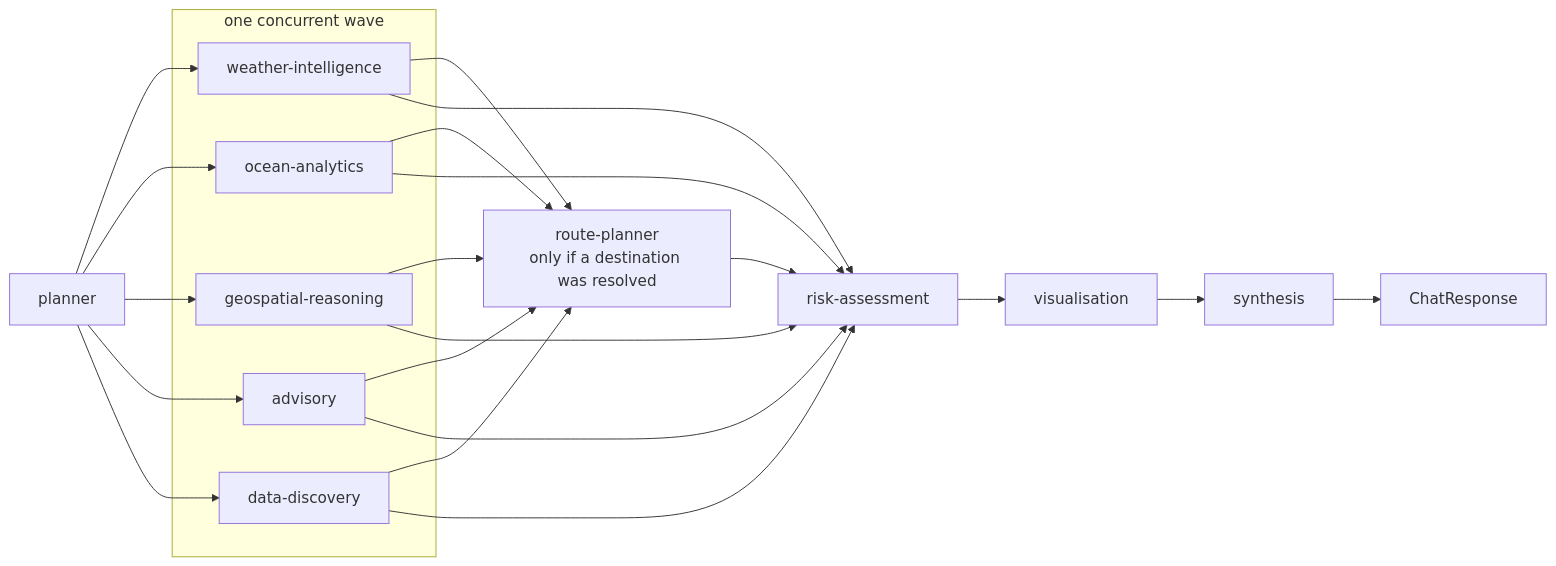
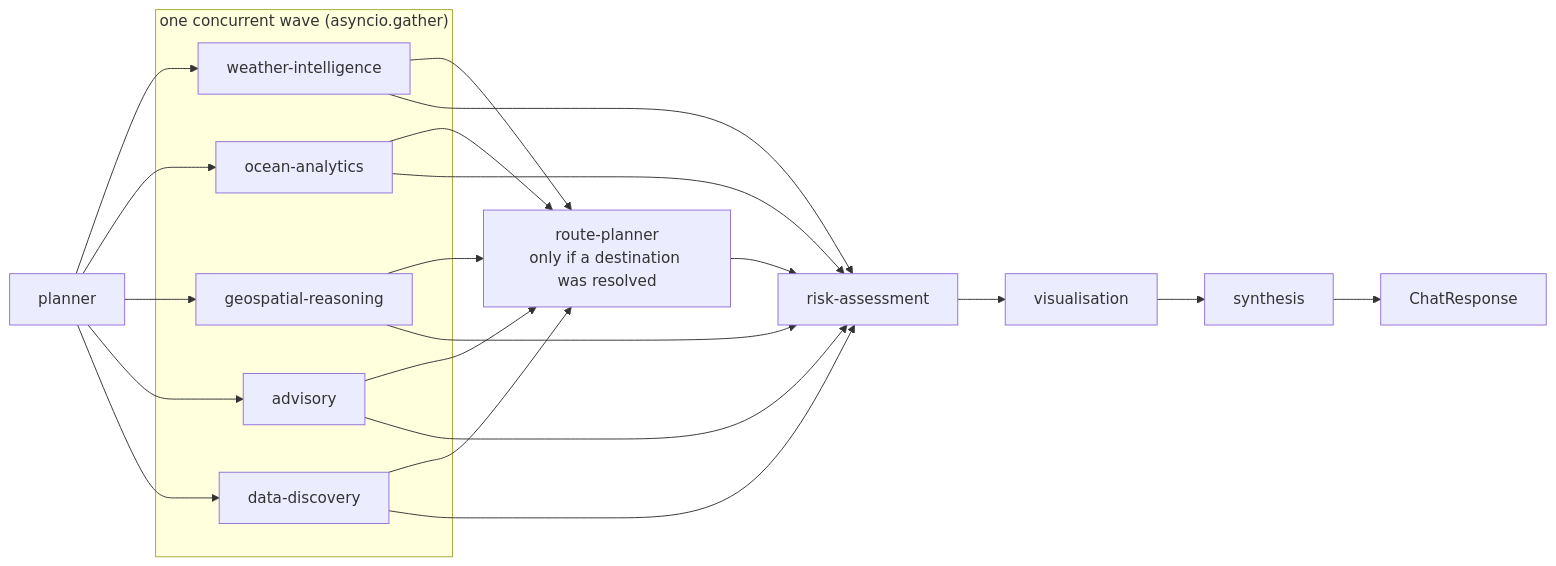
Before and after one commit to mithun50/ORCA: the sixth of 12 diagrams in docs/ARCHITECTURE.md, drawn with Mermaid. The commit also changed other lines of this file and 27 other files, not shown here.

````diff
--- a/docs/ARCHITECTURE.md
+++ b/docs/ARCHITECTURE.md
@@ -245,20 +318,20 @@
 ```mermaid
 flowchart LR
     P["planner"] --> W["weather-intelligence"]
     P --> O["ocean-analytics"]
     P --> G["geospatial-reasoning"]
     P --> A["advisory"]
     P --> C["data-discovery"]
     W & O & G & A & C --> RT["route-planner<br/>only if a destination was resolved"]
     RT --> RK["risk-assessment"]
     W & O & G & A & C --> RK
     RK --> VZ["visualisation"] --> SY["synthesis"] --> OUT["ChatResponse"]
 
-    subgraph parallel["one concurrent wave"]
+    subgraph parallel["one concurrent wave (asyncio.gather)"]
         W
         O
         G
         A
         C
     end
 ```
````
